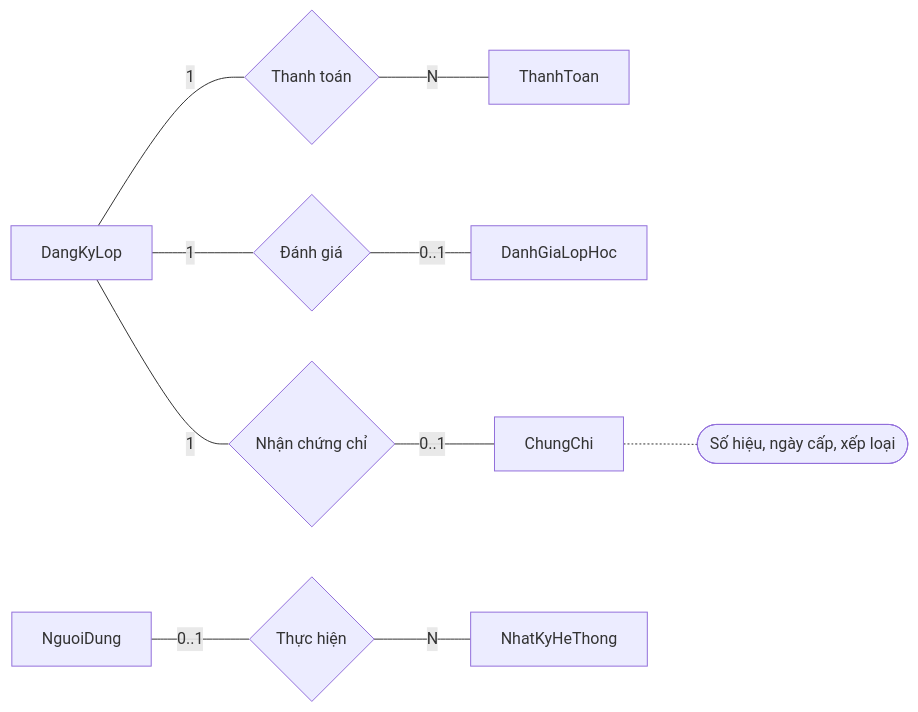
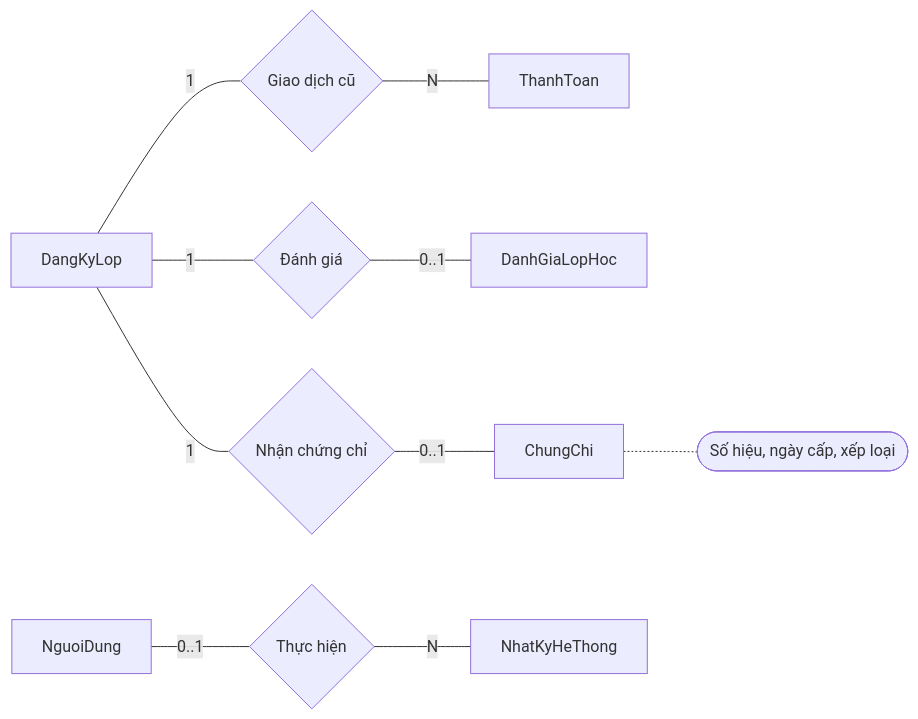
One commit to Nguyenleduy0709/BTL_Database changed the third of 3 diagrams in docs/erd-khai-niem.md. Above: the diagram before and after it, drawn with Mermaid. The commit also changed other lines of this file and 36 other files, not shown here.

````diff
--- a/docs/erd-khai-niem.md
+++ b/docs/erd-khai-niem.md
@@ -49,8 +49,8 @@
 ```mermaid
 flowchart LR
-    D[DangKyLop] ---|1| DT{Thanh toán} ---|N| T[ThanhToan]
+    D[DangKyLop] ---|1| DT{"Giao dịch cũ"} ---|N| T[ThanhToan]
     D ---|1| DS{Đánh giá} ---|0..1| S[DanhGiaLopHoc]
     D ---|1| DC{Nhận chứng chỉ} ---|0..1| C[ChungChi]
     C -.- CS([Số hiệu, ngày cấp, xếp loại])
     U[NguoiDung] ---|0..1| UA{Thực hiện} ---|N| A[NhatKyHeThong]
 ```
````
